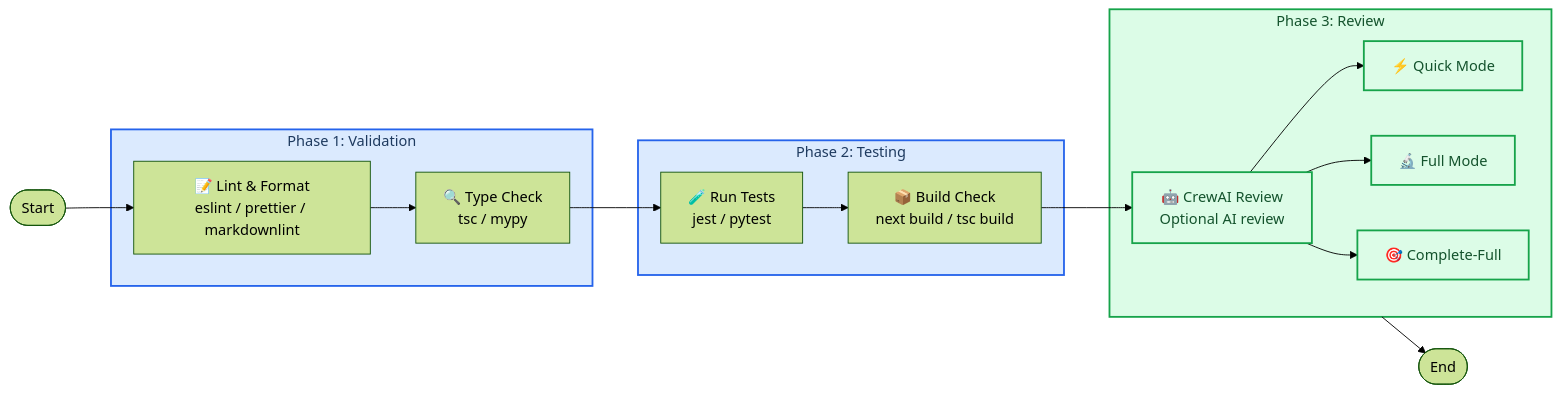
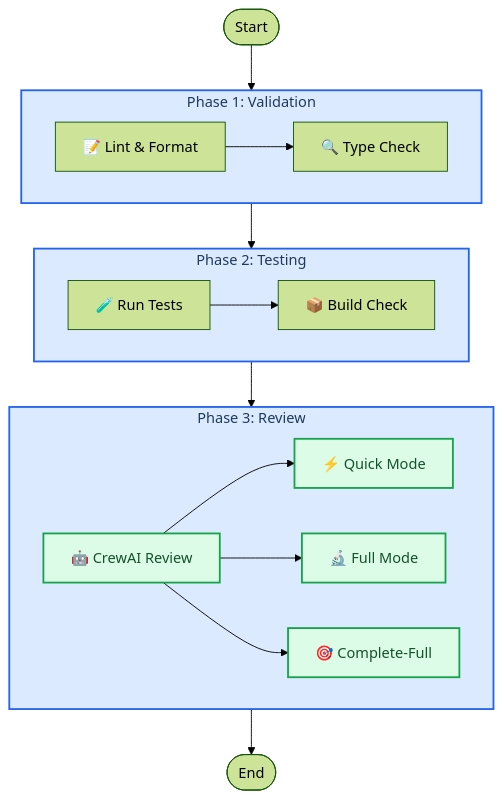
Before and after one commit to blazintrailssarah/agent-project: the fourth of 6 diagrams in README.md, drawn with Mermaid (forest theme). The commit also changed other lines of this file and 1 other file, not shown here.

First line of the commit message:
fix(docs): update kanban boards and README diagrams

````diff
--- a/README.md
+++ b/README.md
@@ -243,38 +255,44 @@
 ```mermaid
-flowchart LR
+flowchart TB
 accTitle: Local CI Pipeline Stages
 accDescr: Flow showing the stages of local CI validation.
 
-Start([Start]) --> Lint
+Start([Start]) --> Phase1
+
 subgraph Phase1["Phase 1: Validation"]
-    Lint["📝 Lint & Format<br/>eslint / prettier / markdownlint"]
-    TypeCheck["🔍 Type Check<br/>tsc / mypy"]
-    Lint --> TypeCheck
+direction LR
+Lint["📝 Lint & Format"]
+TypeCheck["🔍 Type Check"]
+Lint --> TypeCheck
 end
 
-TypeCheck --> Test
+Phase1 --> Phase2
+
 subgraph Phase2["Phase 2: Testing"]
-    Test["🧪 Run Tests<br/>jest / pytest"]
-    Build["📦 Build Check<br/>next build / tsc build"]
-    Test --> Build
+direction LR
+Test["🧪 Run Tests"]
+Build["📦 Build Check"]
+Test --> Build
 end
 
-Build --> Review
+Phase2 --> Phase3
+
 subgraph Phase3["Phase 3: Review"]
-    Review["🤖 CrewAI Review<br/>Optional AI review"]
-    Quick["⚡ Quick Mode"]
-    Full["🔬 Full Mode"]
-    Complete["🎯 Complete-Full"]
-    
-    Review --> Quick
-    Review --> Full
-    Review --> Complete
+direction LR
+Review["🤖 CrewAI Review"]
+Quick["⚡ Quick Mode"]
+Full["🔬 Full Mode"]
+Complete["🎯 Complete-Full"]
+
+Review --> Quick
+Review --> Full
+Review --> Complete
 end
 
 Phase3 --> End([End])
 
 classDef phase fill:#dbeafe,stroke:#2563eb,stroke-width:2px,color:#1e3a5f
 classDef review fill:#dcfce7,stroke:#16a34a,stroke-width:2px,color:#14532d
-class Phase1,Phase2 phase
-class Phase3,Review,Quick,Full,Complete review
+class Phase1,Phase2,Phase3 phase
+class Review,Quick,Full,Complete review
 ```
````
